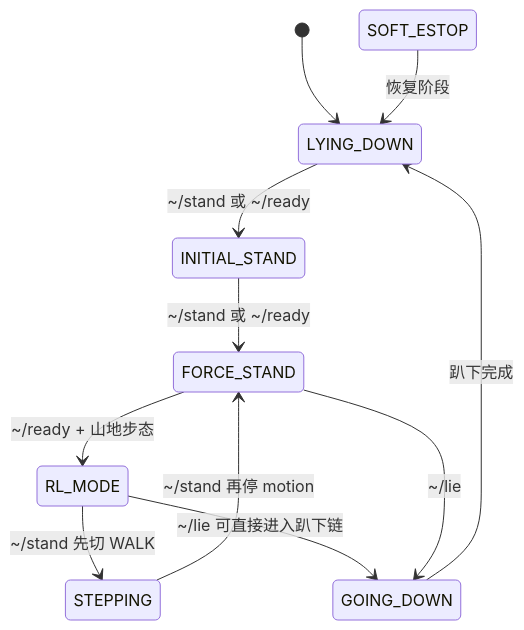
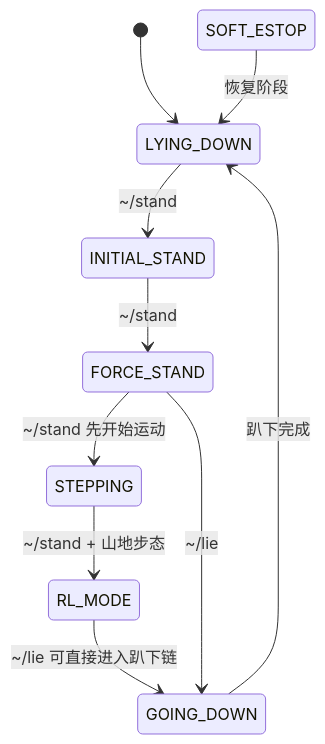
One commit to ggbond-control/nav_bridge changed the second of 2 diagrams in README.md. Above: the diagram before and after it, drawn with Mermaid. The commit also changed other lines of this file and 6 other files, not shown here.

Commit message:
feat: adjust service name from ready to stand

````diff
--- a/README.md
+++ b/README.md
@@ -403,16 +378,15 @@
 ```mermaid
 stateDiagram-v2
     [*] --> LYING_DOWN
 
-    LYING_DOWN --> INITIAL_STAND: ~/stand 或 ~/ready
-    INITIAL_STAND --> FORCE_STAND: ~/stand 或 ~/ready
-    FORCE_STAND --> RL_MODE: ~/ready + 山地步态
+    LYING_DOWN --> INITIAL_STAND: ~/stand
+    INITIAL_STAND --> FORCE_STAND: ~/stand
+    FORCE_STAND --> STEPPING: ~/stand 先开始运动
+    STEPPING --> RL_MODE: ~/stand + 山地步态
 
-    RL_MODE --> STEPPING: ~/stand 先切 WALK
-    STEPPING --> FORCE_STAND: ~/stand 再停 motion
     RL_MODE --> GOING_DOWN: ~/lie 可直接进入趴下链
     FORCE_STAND --> GOING_DOWN: ~/lie
     GOING_DOWN --> LYING_DOWN: 趴下完成
 
     SOFT_ESTOP --> LYING_DOWN: 恢复阶段
 ```
````
